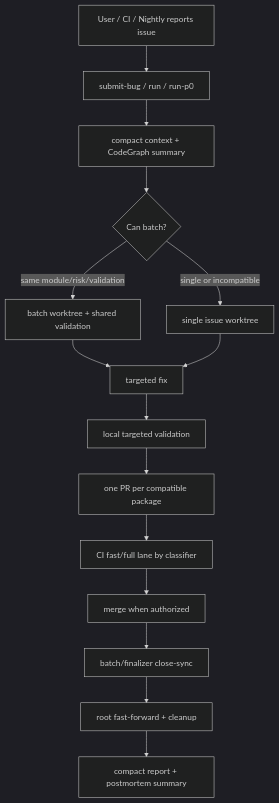
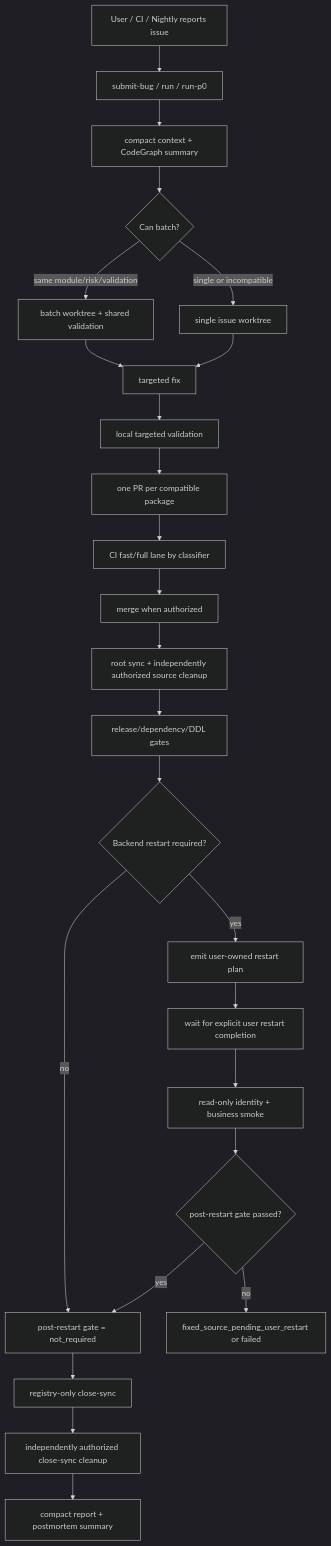
The diagram in docs/architecture/aistock_issue_workflow_efficiency_case_optimization_design_v2_4_20260604.md (licong01-cloud/AIstock), drawn with Mermaid (dark theme) before and after one commit. The commit also changed other lines of this file, not shown here.

First line of the commit message:
docs(workflow): design RTK and restart governance v2.5 (#2980)

````diff
--- a/docs/architecture/aistock_issue_workflow_efficiency_case_optimization_design_v2_4_20260604.md
+++ b/docs/architecture/aistock_issue_workflow_efficiency_case_optimization_design_v2_4_20260604.md
@@ -54,17 +65,27 @@
 ```mermaid
 flowchart TD
   A["User / CI / Nightly reports issue"] --> B["submit-bug / run / run-p0"]
   B --> C["compact context + CodeGraph summary"]
   C --> D{"Can batch?"}
   D -->|"same module/risk/validation"| E["batch worktree + shared validation"]
   D -->|"single or incompatible"| F["single issue worktree"]
   E --> G["targeted fix"]
   F --> G
   G --> H["local targeted validation"]
   H --> I["one PR per compatible package"]
   I --> J["CI fast/full lane by classifier"]
   J --> K["merge when authorized"]
-  K --> L["batch/finalizer close-sync"]
-  L --> M["root fast-forward + cleanup"]
+  K --> W["root sync + independently authorized source cleanup"]
+  W --> L["release/dependency/DDL gates"]
+  L --> O{"Backend restart required?"}
+  O -->|"no"| P["post-restart gate = not_required"]
+  O -->|"yes"| Q["emit user-owned restart plan"]
+  Q --> R["wait for explicit user restart completion"]
+  R --> S["read-only identity + business smoke"]
+  S --> T{"post-restart gate passed?"}
+  T -->|"no"| U["fixed_source_pending_user_restart or failed"]
+  T -->|"yes"| P
+  P --> V["registry-only close-sync"]
+  V --> M["independently authorized close-sync cleanup"]
   M --> N["compact report + postmortem summary"]
 ```
````
